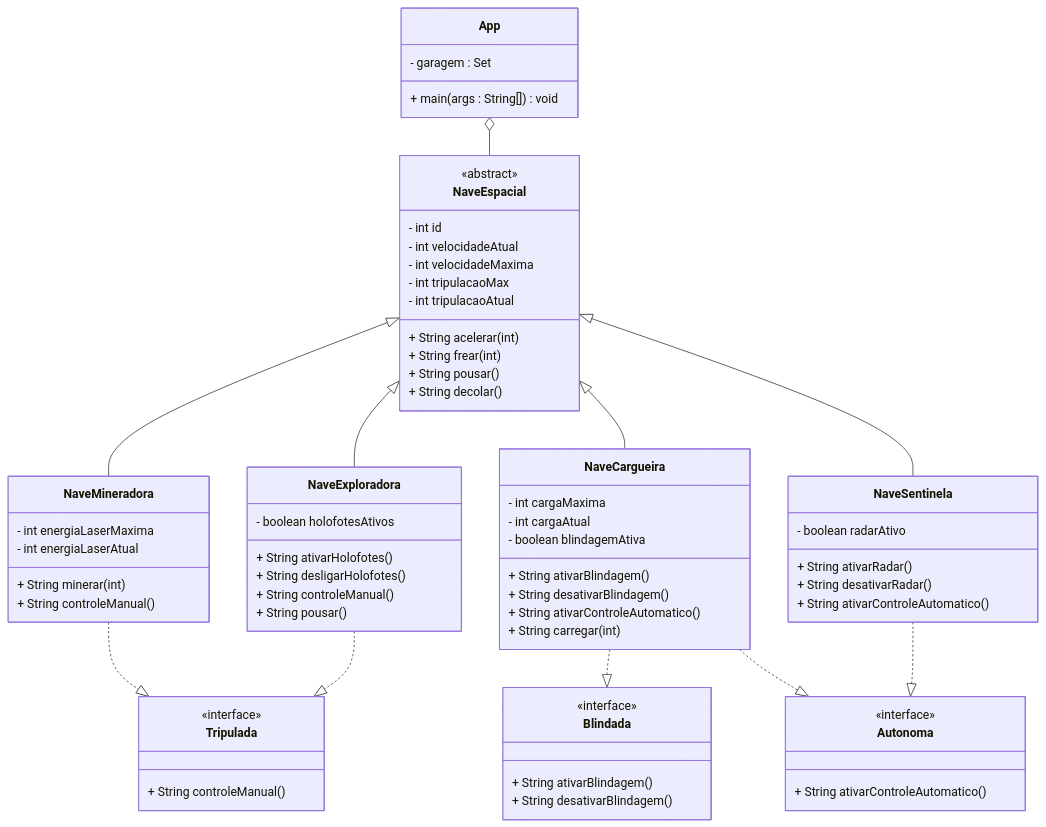
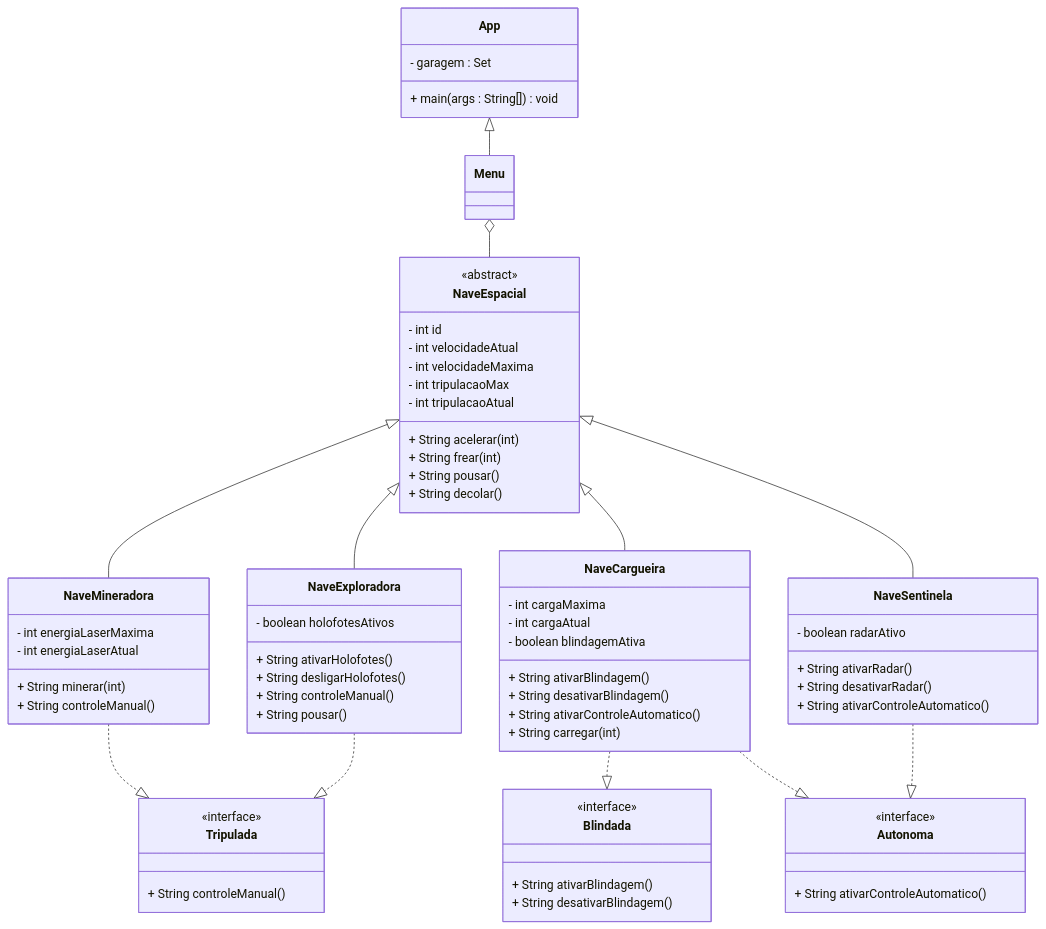
The diagram in readme.md (sergio-prolo-class/lista-4-devdivos), drawn with Mermaid before and after one commit. The commit also changed other lines of this file, not shown here.

Commit message:
atualização do readme

````diff
--- a/readme.md
+++ b/readme.md
@@ -9,8 +12,12 @@
 ```mermaid
 classDiagram
-    class App {
-        - garagem : Set<NaveEspacial>
-        + main(args : String[]) void
+class App {
+- garagem : Set<NaveEspacial>
++ main(args : String[]) void
+}
+
+    class Menu{
+        
     }
     class NaveEspacial {
         <<abstract>>
@@ -73,7 +80,8 @@
         + String ativarControleAutomatico()
     }
     
-    App o-- NaveEspacial
+    App <|-- Menu
+    Menu o-- NaveEspacial
     NaveEspacial <|-- NaveMineradora
     NaveEspacial <|-- NaveExploradora
     NaveEspacial <|-- NaveCargueira
@@ -84,5 +92,4 @@
     NaveCargueira ..|> Blindada
     NaveCargueira ..|> Autonoma
     NaveSentinela ..|> Autonoma
-
 ```
````
